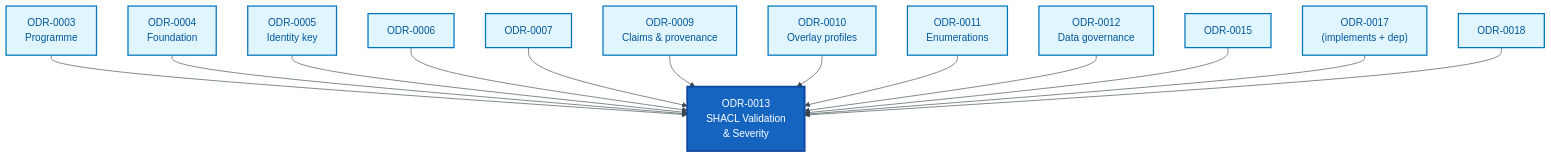
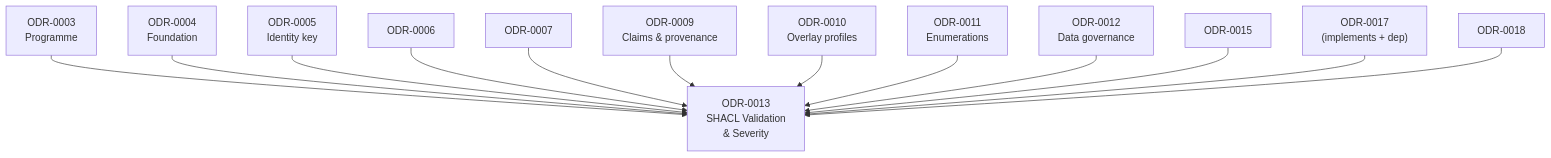
The fourth of 4 diagrams in docs/ontology/odr/ODR-0013-shacl-validation-and-severity.md (sparkling/opda), drawn with Mermaid before and after one commit. The commit also changed other lines of this file and 25 other files, not shown here.

````diff
--- a/docs/ontology/odr/ODR-0013-shacl-validation-and-severity.md
+++ b/docs/ontology/odr/ODR-0013-shacl-validation-and-severity.md
@@ -151,36 +135,32 @@
 ```mermaid
-%%{init:{"theme":"base","themeVariables":{"primaryColor":"#E3F2FD","primaryTextColor":"#0D47A1","primaryBorderColor":"#1565C0","lineColor":"#37474F"}}}%%
 flowchart TD
     accTitle: ODR-0013 dependency graph
     accDescr: ODR-0013 depends on ODR-0003 through ODR-0012 and ODR-0015 plus ODR-0017 and ODR-0018, as recorded in its frontmatter.
-    classDef current fill:#1565C0,stroke:#0D47A1,stroke-width:3px,color:#FFFFFF
-    classDef dep fill:#E1F5FE,stroke:#0277BD,stroke-width:2px,color:#01579B
-    classDef impl fill:#C8E6C9,stroke:#2E7D32,stroke-width:2px,color:#1B5E20
 
-    O3["ODR-0003<br/>Programme"]:::dep
-    O4["ODR-0004<br/>Foundation"]:::dep
-    O5["ODR-0005<br/>Identity key"]:::dep
-    O6["ODR-0006"]:::dep
-    O7["ODR-0007"]:::dep
-    O9["ODR-0009<br/>Claims &amp; provenance"]:::dep
-    O10["ODR-0010<br/>Overlay profiles"]:::dep
-    O11["ODR-0011<br/>Enumerations"]:::dep
-    O12["ODR-0012<br/>Data governance"]:::dep
-    O15["ODR-0015"]:::dep
-    O17["ODR-0017<br/>(implements + dep)"]:::dep
-    O18["ODR-0018"]:::dep
-    THIS["ODR-0013<br/>SHACL Validation<br/>&amp; Severity"]:::current
+    O3["ODR-0003<br/>Programme"]:::process
+    O4["ODR-0004<br/>Foundation"]:::process
+    O5["ODR-0005<br/>Identity key"]:::process
+    O6["ODR-0006"]:::process
+    O7["ODR-0007"]:::process
+    O9["ODR-0009<br/>Claims &amp; provenance"]:::process
+    O10["ODR-0010<br/>Overlay profiles"]:::process
+    O11["ODR-0011<br/>Enumerations"]:::process
+    O12["ODR-0012<br/>Data governance"]:::process
+    O15["ODR-0015"]:::process
+    O17["ODR-0017<br/>(implements + dep)"]:::process
+    O18["ODR-0018"]:::process
+    THIS["ODR-0013<br/>SHACL Validation<br/>&amp; Severity"]:::info
 
     O3 --> THIS
     O4 --> THIS
     O5 --> THIS
     O6 --> THIS
     O7 --> THIS
     O9 --> THIS
     O10 --> THIS
     O11 --> THIS
     O12 --> THIS
     O15 --> THIS
     O17 --> THIS
     O18 --> THIS
 ```
````
